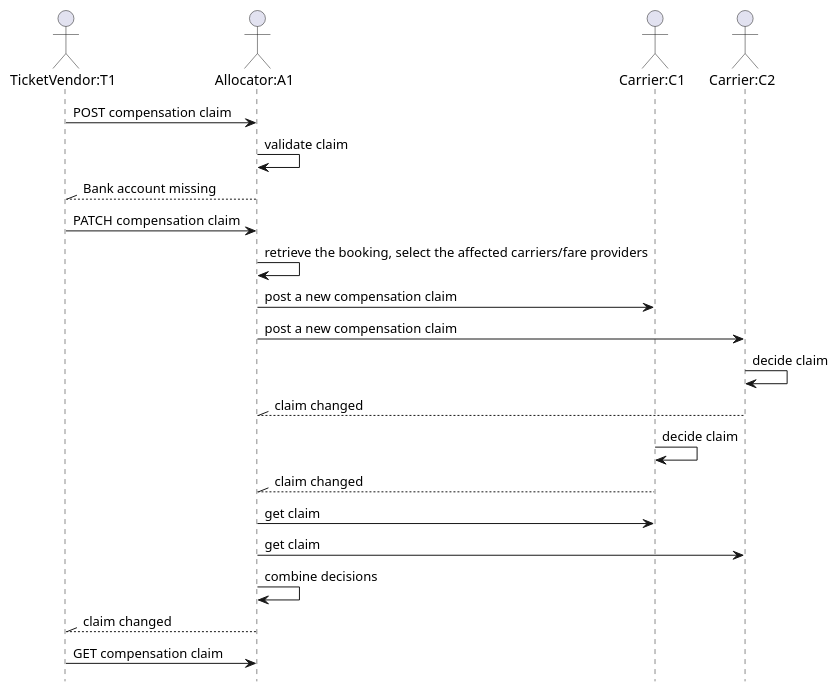
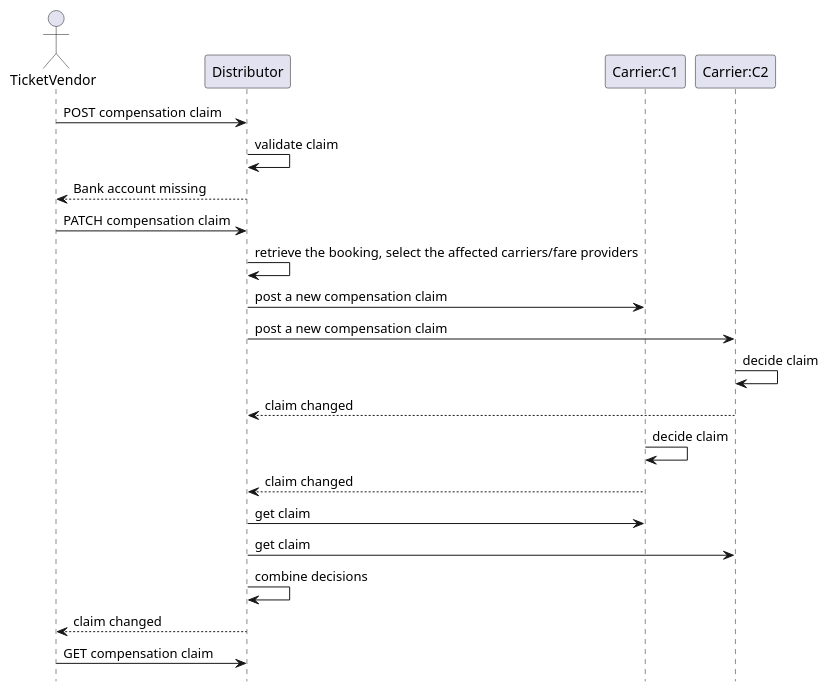
Before and after one commit to UnionInternationalCheminsdeFer/OSDM: the diagram in images/processes/seq-complaintManagement1.puml, drawn with PlantUML. The commit also changed 71 other files, not shown here.

```diff
--- a/images/processes/seq-complaintManagement1.puml
+++ b/images/processes/seq-complaintManagement1.puml
@@ -1,41 +1,39 @@
 @startuml
 hide footbox
 
-actor "TicketVendor:T1"
-actor "Allocator:A1"
-actor "Carrier:C1"
-actor "Carrier:C2"
+actor "TicketVendor"
 
-"TicketVendor:T1" -> "Allocator:A1": POST compensation claim
 
-"Allocator:A1" -> "Allocator:A1": validate claim
+"TicketVendor" -> "Distributor": POST compensation claim
 
-"Allocator:A1" --\\ "TicketVendor:T1": Bank account missing
+"Distributor" -> "Distributor": validate claim
 
-"TicketVendor:T1" -> "Allocator:A1": PATCH compensation claim
+"Distributor" --> "TicketVendor": Bank account missing
 
-"Allocator:A1" -> "Allocator:A1": retrieve the booking, select the affected carriers/fare providers
+"TicketVendor" -> "Distributor": PATCH compensation claim
 
-"Allocator:A1" -> "Carrier:C1": post a new compensation claim
+"Distributor" -> "Distributor": retrieve the booking, select the affected carriers/fare providers
 
-"Allocator:A1" -> "Carrier:C2": post a new compensation claim
+"Distributor" -> "Carrier:C1": post a new compensation claim
+
+"Distributor" -> "Carrier:C2": post a new compensation claim
 
 "Carrier:C2" -> "Carrier:C2": decide claim
 
-"Carrier:C2" --\\ "Allocator:A1": claim changed
+"Carrier:C2" --> "Distributor": claim changed
 
 "Carrier:C1" -> "Carrier:C1": decide claim
 
-"Carrier:C1" --\\ "Allocator:A1": claim changed
+"Carrier:C1" --> "Distributor": claim changed
 
-"Allocator:A1" -> "Carrier:C1": get claim
+"Distributor" -> "Carrier:C1": get claim
 
-"Allocator:A1" -> "Carrier:C2": get claim
+"Distributor" -> "Carrier:C2": get claim
 
-"Allocator:A1" -> "Allocator:A1": combine decisions
+"Distributor" -> "Distributor": combine decisions
 
-"Allocator:A1" --\\ "TicketVendor:T1": claim changed
+"Distributor" --> "TicketVendor": claim changed
 
-"TicketVendor:T1" -> "Allocator:A1": GET compensation claim
+"TicketVendor" -> "Distributor": GET compensation claim
 
 @enduml
```
